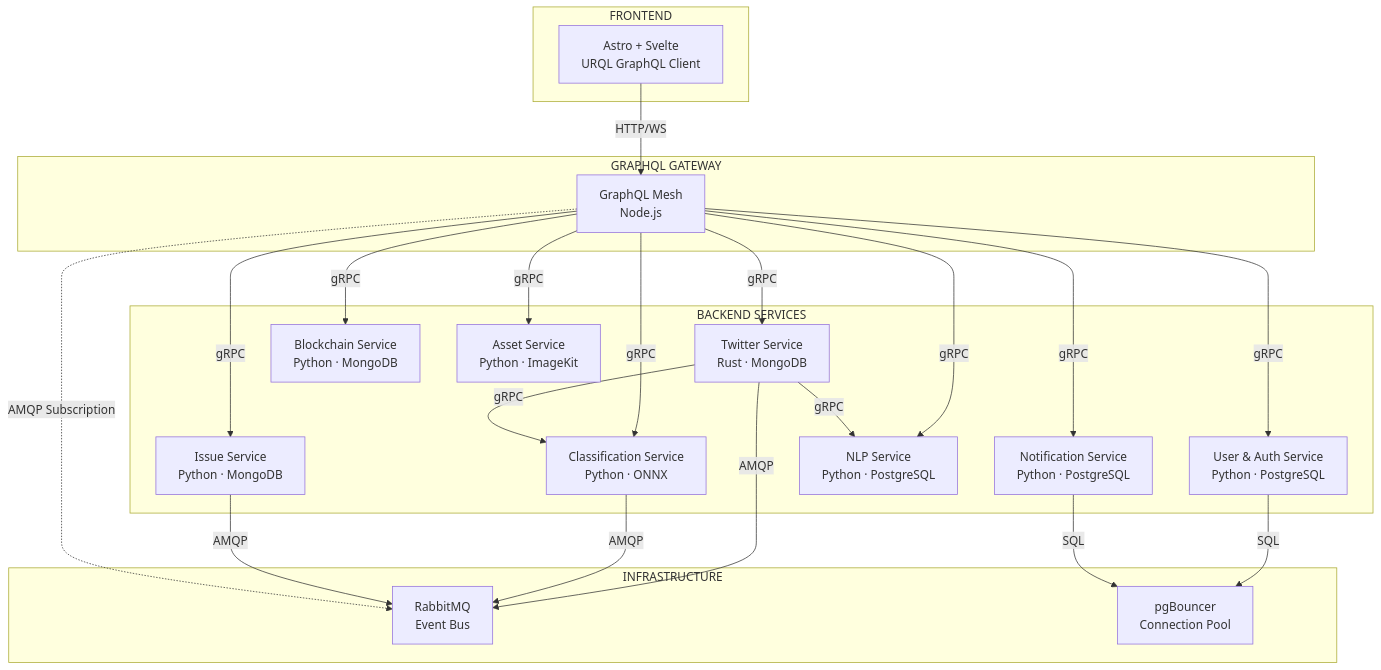
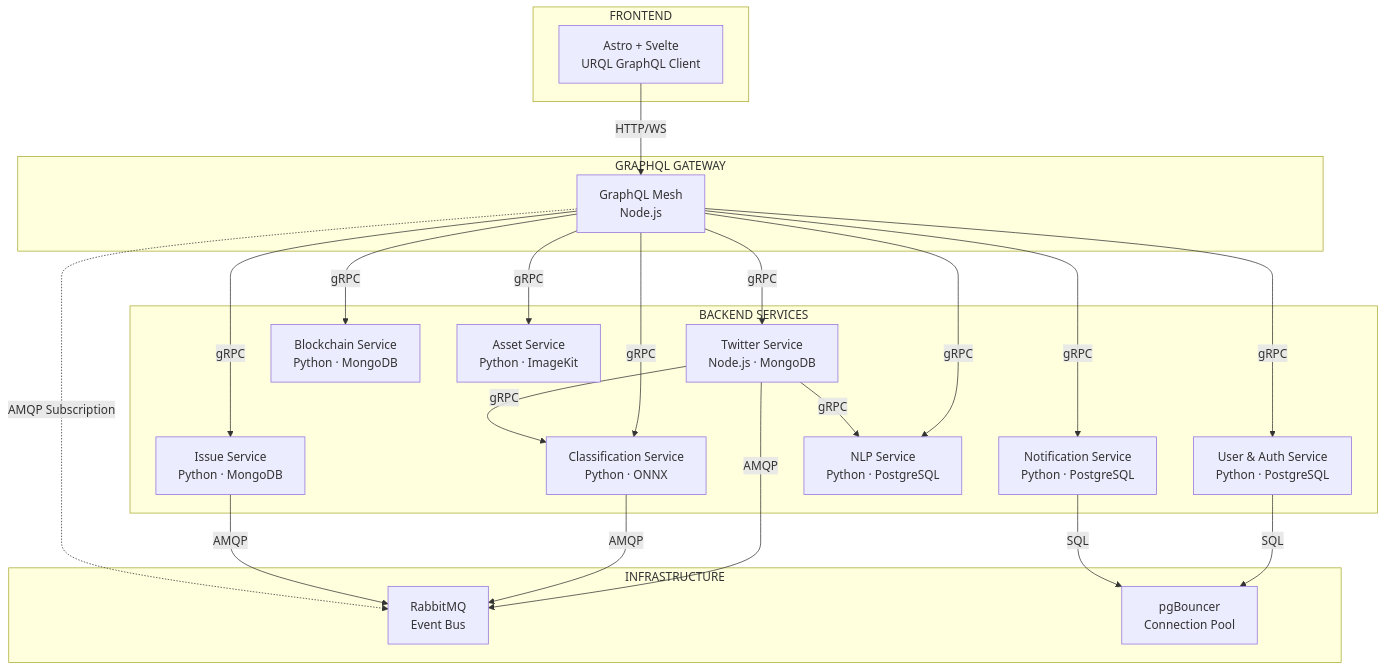
The first of 4 diagrams in handbook/docs/guide/architecture.md (reven-erlangga/ecoguardian), drawn with Mermaid before and after one commit. The commit also changed 54 other files, not shown here.

First line of the commit message:
feat: replace Rust twitter-service with Node.js port

````diff
--- a/handbook/docs/guide/architecture.md
+++ b/handbook/docs/guide/architecture.md
@@ -7,36 +7,36 @@
 ```mermaid
 graph TB
     subgraph Frontend["FRONTEND"]
         A[Astro + Svelte<br/>URQL GraphQL Client]
     end
 
     subgraph Gateway["GRAPHQL GATEWAY"]
         G[GraphQL Mesh<br/>Node.js]
     end
 
     subgraph Services["BACKEND SERVICES"]
-        TS[Twitter Service<br/>Rust · MongoDB]
+        TS[Twitter Service<br/>Node.js · MongoDB]
         CS[Classification Service<br/>Python · ONNX]
         US[User & Auth Service<br/>Python · PostgreSQL]
         NS[Notification Service<br/>Python · PostgreSQL]
         NL[NLP Service<br/>Python · PostgreSQL]
         BS[Blockchain Service<br/>Python · MongoDB]
         IS[Issue Service<br/>Python · MongoDB]
         AS[Asset Service<br/>Python · ImageKit]
     end
 
     subgraph Infra["INFRASTRUCTURE"]
         RMQ[RabbitMQ<br/>Event Bus]
         PG[pgBouncer<br/>Connection Pool]
     end
 
     A -->|HTTP/WS| G
     G -->|gRPC| TS & CS & US & NS & NL & BS & IS & AS
     TS -->|gRPC| CS & NL
     TS -->|AMQP| RMQ
     CS -->|AMQP| RMQ
     IS -->|AMQP| RMQ
     G -.->|AMQP Subscription| RMQ
     US -->|SQL| PG
     NS -->|SQL| PG
 ```
````
